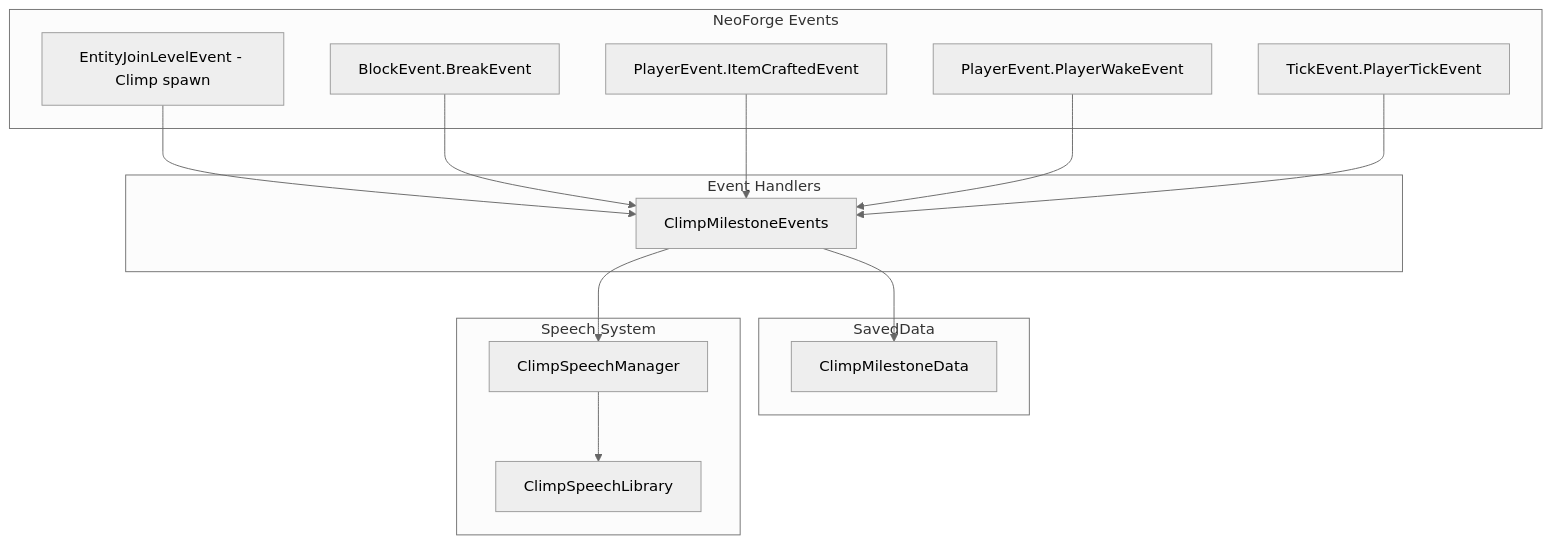
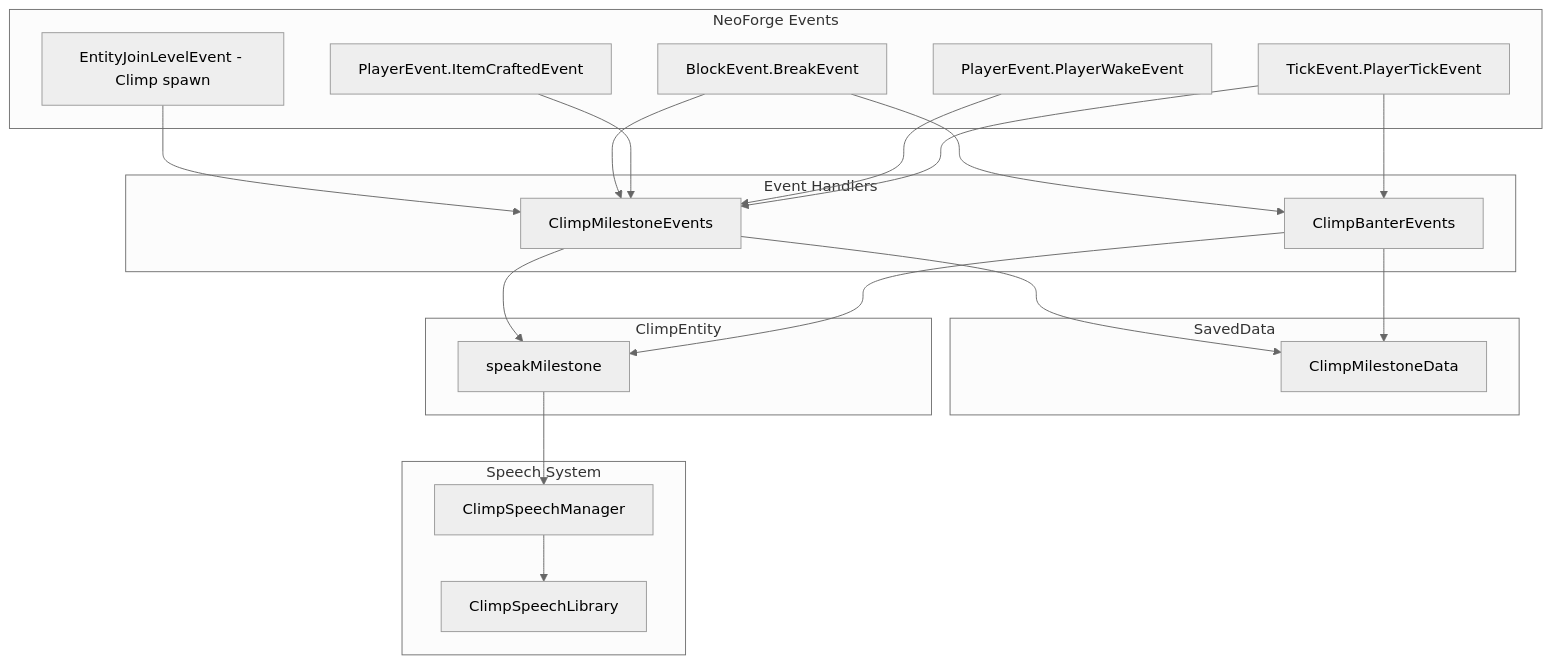
One commit to asbjborg/climp changed the diagram in .cursor/plans/v0.5.0_first-week.plan.md. Above: the diagram before and after it, drawn with Mermaid (neutral theme). The commit also changed other lines of this file, not shown here.

First line of the commit message:
refine v0.5.0 plan with architectural clarity and edge case coverage

````diff
--- a/.cursor/plans/v0.5.0_first-week.plan.md
+++ b/.cursor/plans/v0.5.0_first-week.plan.md
@@ -29,32 +29,42 @@
 ```mermaid
 flowchart TB
     subgraph Events [NeoForge Events]
         EntityJoin[EntityJoinLevelEvent - Climp spawn]
         BlockBreak[BlockEvent.BreakEvent]
         ItemCraft[PlayerEvent.ItemCraftedEvent]
         PlayerSleep[PlayerEvent.PlayerWakeEvent]
         PlayerTick[TickEvent.PlayerTickEvent]
     end
 
     subgraph Data [SavedData]
         Milestones[ClimpMilestoneData]
     end
 
     subgraph Logic [Event Handlers]
-        Handler[ClimpMilestoneEvents]
+        MilestoneHandler[ClimpMilestoneEvents]
+        BanterHandler[ClimpBanterEvents]
+    end
+
+    subgraph Entity [ClimpEntity]
+        SpeakMilestone[speakMilestone]
     end
 
     subgraph Speech [Speech System]
         Manager[ClimpSpeechManager]
         Library[ClimpSpeechLibrary]
     end
 
-    EntityJoin --> Handler
-    BlockBreak --> Handler
-    ItemCraft --> Handler
-    PlayerSleep --> Handler
-    PlayerTick --> Handler
-    Handler --> Milestones
-    Handler --> Manager
+    EntityJoin --> MilestoneHandler
+    BlockBreak --> MilestoneHandler
+    BlockBreak --> BanterHandler
+    ItemCraft --> MilestoneHandler
+    PlayerSleep --> MilestoneHandler
+    PlayerTick --> MilestoneHandler
+    PlayerTick --> BanterHandler
+    MilestoneHandler --> Milestones
+    BanterHandler --> Milestones
+    MilestoneHandler --> SpeakMilestone
+    BanterHandler --> SpeakMilestone
+    SpeakMilestone --> Manager
     Manager --> Library
 ```
````
